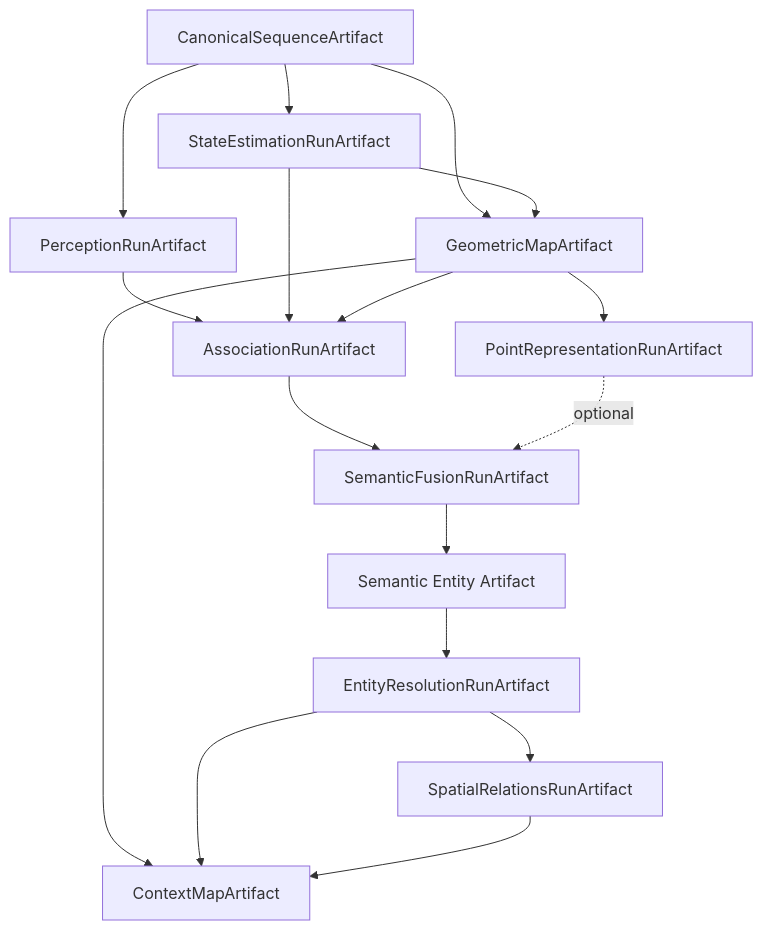
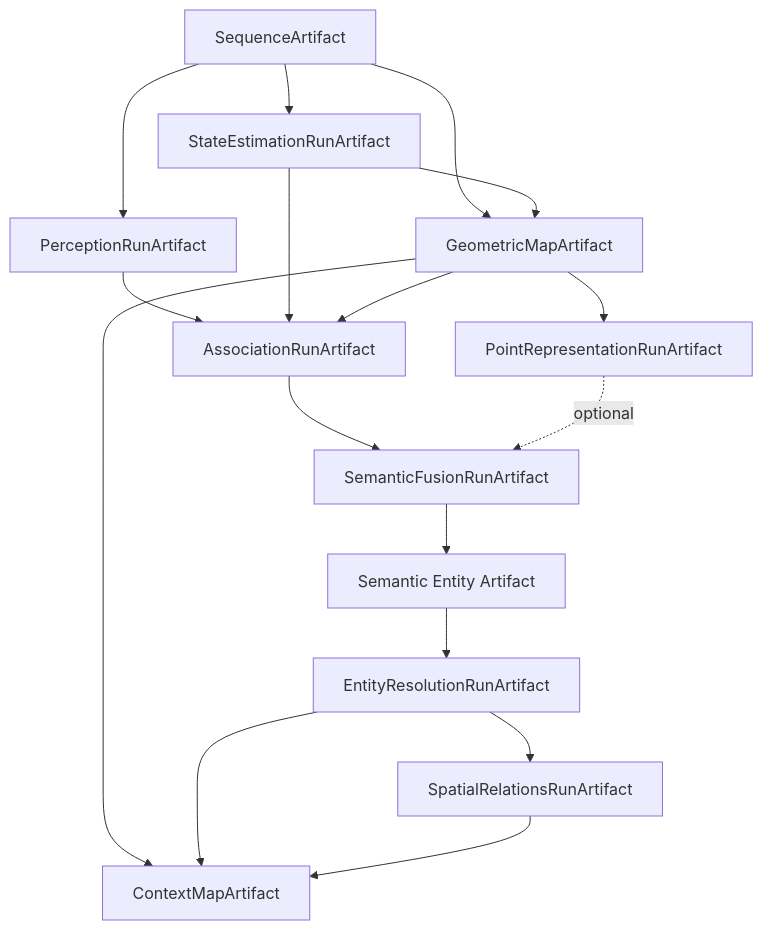
Before and after one commit to Alexandre-Tortoza/contextmap2: the second of 8 diagrams in docs/ARTIFACTS.md, drawn with Mermaid. The commit also changed other lines of this file, not shown here.

Commit message:
docs: integrate implemented artifact formats

````diff
--- a/docs/ARTIFACTS.md
+++ b/docs/ARTIFACTS.md
@@ -71,29 +71,29 @@
 ```mermaid
 flowchart TD
-    S[CanonicalSequenceArtifact]
+    S[SequenceArtifact]
     P[PerceptionRunArtifact]
     T[StateEstimationRunArtifact]
     G[GeometricMapArtifact]
     A[AssociationRunArtifact]
     R[PointRepresentationRunArtifact]
     F[SemanticFusionRunArtifact]
     E[Semantic Entity Artifact]
     ER[EntityResolutionRunArtifact]
     SR[SpatialRelationsRunArtifact]
     C[ContextMapArtifact]
 
     S --> P
     S --> T
     S --> G
     T --> G
     P --> A
     T --> A
     G --> A
     G --> R
     A --> F
     R -. optional .-> F
     F --> E --> ER --> SR
     G --> C
     ER --> C
     SR --> C
 ```
````
